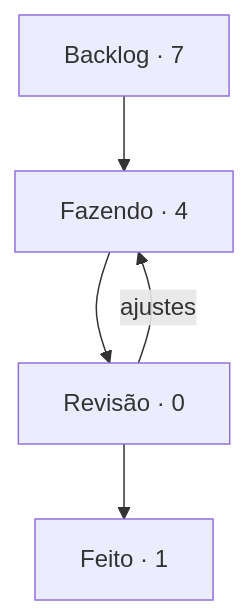
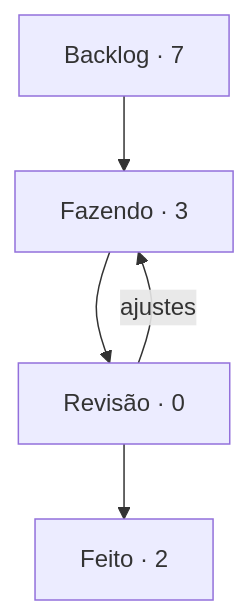
One commit to StudioVibi/VibiKanban changed the diagram in boards/harness/BOARD.md. Above: the diagram before and after it, drawn with Mermaid. The commit also changed other lines of this file and 2 other files, not shown here.

````diff
--- a/boards/harness/BOARD.md
+++ b/boards/harness/BOARD.md
@@ -5,10 +5,10 @@
 ```mermaid
 flowchart TD
-  backlog["Backlog · 7"] --> doing["Fazendo · 4"]
+  backlog["Backlog · 7"] --> doing["Fazendo · 3"]
   doing --> review["Revisão · 0"]
-  review --> done["Feito · 1"]
+  review --> done["Feito · 2"]
   review -->|ajustes| doing
   doing:::blue
   review:::yellow
   done:::green
 ```
````
